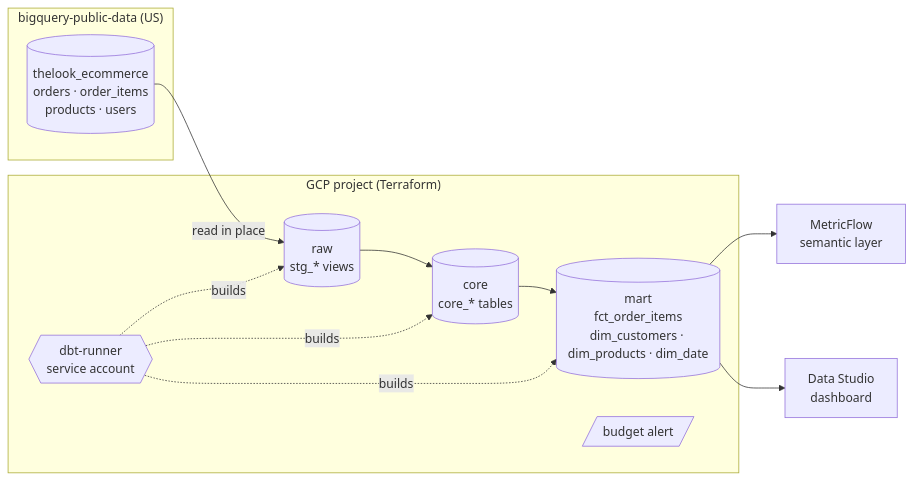
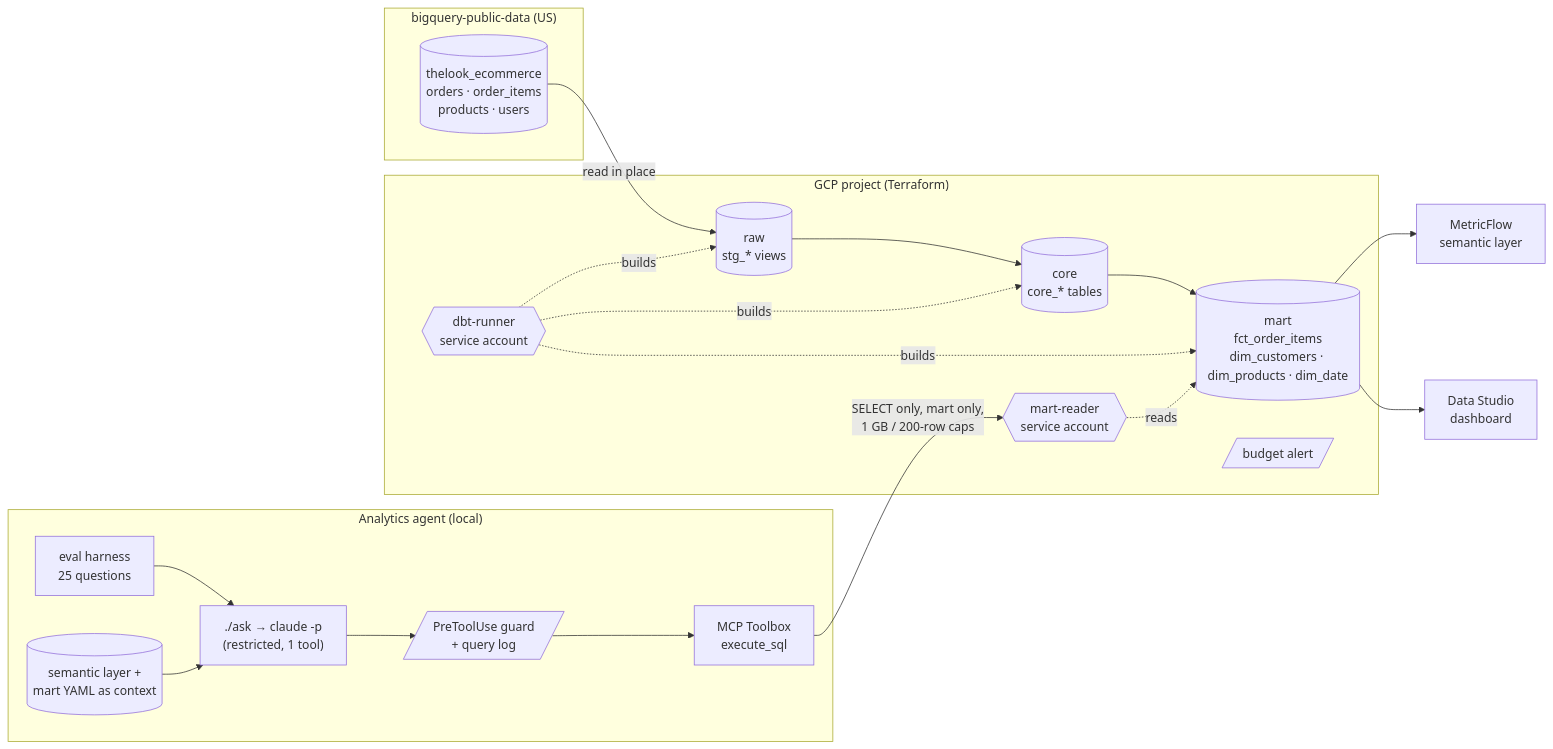
One commit to adv-gh777/gcp-dbt-thelook changed the diagram in README.md. Above: the diagram before and after it, drawn with Mermaid. The commit also changed other lines of this file, not shown here.

First line of the commit message:
Phase 7: README for the analytics agent and eval harness

````diff
--- a/README.md
+++ b/README.md
@@ -9,19 +9,34 @@
 ```mermaid
 flowchart LR
     subgraph public["bigquery-public-data (US)"]
         src[(thelook_ecommerce<br/>orders · order_items<br/>products · users)]
     end
 
     subgraph project["GCP project (Terraform)"]
         raw[(raw<br/>stg_* views)]
         core[(core<br/>core_* tables)]
         mart[(mart<br/>fct_order_items<br/>dim_customers · dim_products · dim_date)]
         sa{{dbt-runner<br/>service account}}
+        reader{{mart-reader<br/>service account}}
         budget[/budget alert/]
     end
 
     src -- read in place --> raw --> core --> mart
     sa -. builds .-> raw & core & mart
     mart --> mf[MetricFlow<br/>semantic layer]
     mart --> ls[Data Studio<br/>dashboard]
+
+    subgraph agent["Analytics agent (local)"]
+        ask["./ask → claude -p<br/>(restricted, 1 tool)"]
+        hook[/PreToolUse guard<br/>+ query log/]
+        tb[MCP Toolbox<br/>execute_sql]
+        ctx[(semantic layer +<br/>mart YAML as context)]
+        ev[eval harness<br/>25 questions]
+    end
+
+    ev --> ask
+    ctx --> ask
+    ask --> hook --> tb
+    tb -- "SELECT only, mart only,<br/>1 GB / 200-row caps" --> reader
+    reader -. reads .-> mart
 ```
````
